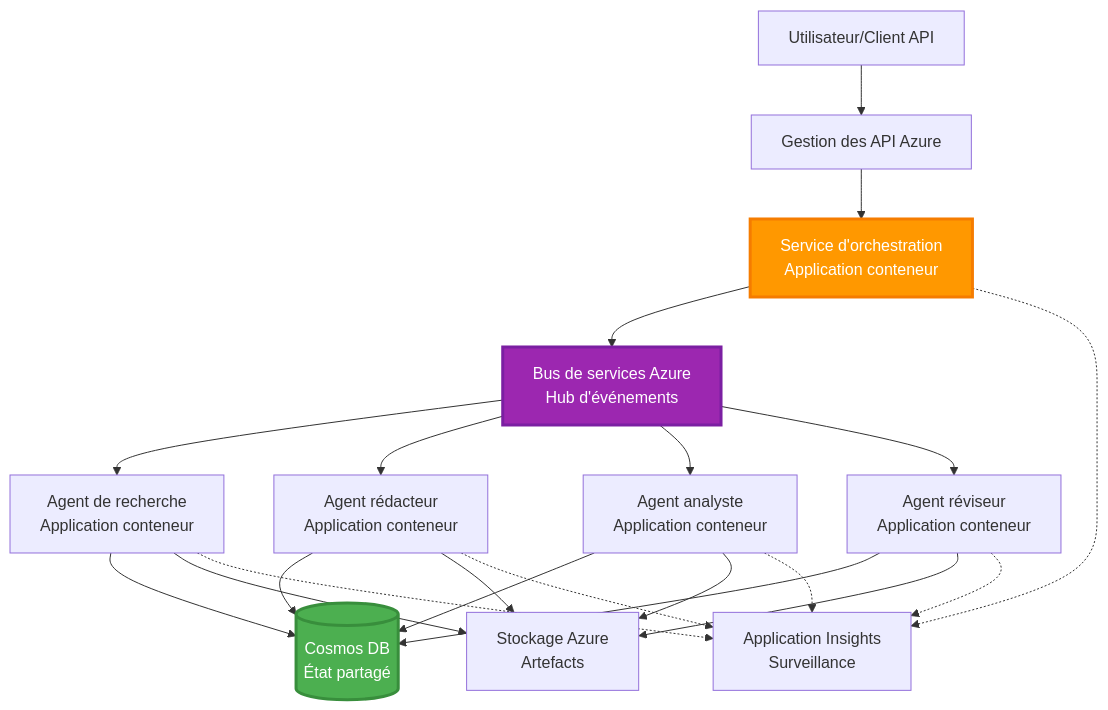
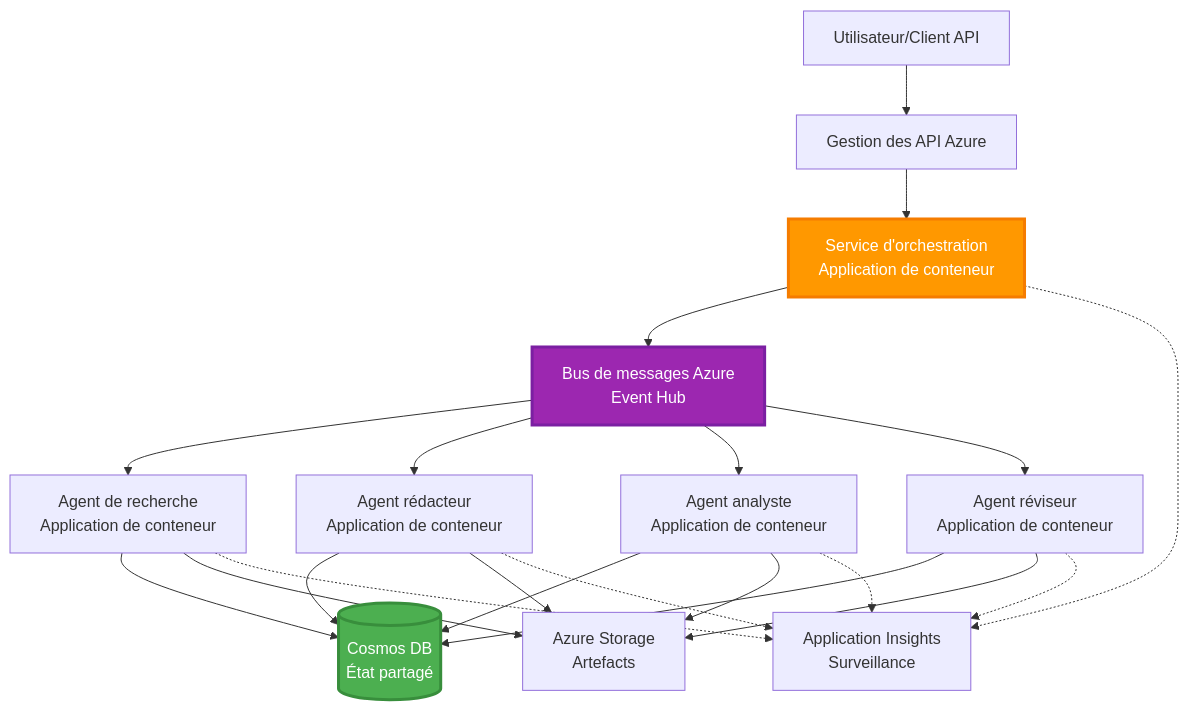
The sixth of 6 diagrams in translations/fr/docs/chapter-06-pre-deployment/coordination-patterns.md (microsoft/AZD-for-beginners), drawn with Mermaid before and after one commit. The commit also changed other lines of this file and 101 other files, not shown here.

````diff
--- a/translations/fr/docs/chapter-06-pre-deployment/coordination-patterns.md
+++ b/translations/fr/docs/chapter-06-pre-deployment/coordination-patterns.md
@@ -271,45 +267,45 @@
 ```mermaid
 graph TB
     User[Utilisateur/Client API]
     APIM[Gestion des API Azure]
-    Orchestrator[Service d'orchestration<br/>Application conteneur]
-    ServiceBus[Bus de services Azure<br/>Hub d'événements]
+    Orchestrator[Service d'orchestration<br/>Application de conteneur]
+    ServiceBus[Bus de messages Azure<br/>Event Hub]
     
-    Agent1[Agent de recherche<br/>Application conteneur]
-    Agent2[Agent rédacteur<br/>Application conteneur]
-    Agent3[Agent analyste<br/>Application conteneur]
-    Agent4[Agent réviseur<br/>Application conteneur]
+    Agent1[Agent de recherche<br/>Application de conteneur]
+    Agent2[Agent rédacteur<br/>Application de conteneur]
+    Agent3[Agent analyste<br/>Application de conteneur]
+    Agent4[Agent réviseur<br/>Application de conteneur]
     
     CosmosDB[(Cosmos DB<br/>État partagé)]
-    Storage[Stockage Azure<br/>Artefacts]
+    Storage[Azure Storage<br/>Artefacts]
     AppInsights[Application Insights<br/>Surveillance]
     
     User --> APIM
     APIM --> Orchestrator
     
     Orchestrator --> ServiceBus
     ServiceBus --> Agent1
     ServiceBus --> Agent2
     ServiceBus --> Agent3
     ServiceBus --> Agent4
     
     Agent1 --> CosmosDB
     Agent2 --> CosmosDB
     Agent3 --> CosmosDB
     Agent4 --> CosmosDB
     
     Agent1 --> Storage
     Agent2 --> Storage
     Agent3 --> Storage
     Agent4 --> Storage
     
     Orchestrator -.-> AppInsights
     Agent1 -.-> AppInsights
     Agent2 -.-> AppInsights
     Agent3 -.-> AppInsights
     Agent4 -.-> AppInsights
     
     style Orchestrator fill:#FF9800,stroke:#F57C00,stroke-width:3px,color:#fff
     style ServiceBus fill:#9C27B0,stroke:#7B1FA2,stroke-width:3px,color:#fff
     style CosmosDB fill:#4CAF50,stroke:#388E3C,stroke-width:3px,color:#fff
 ```
````
